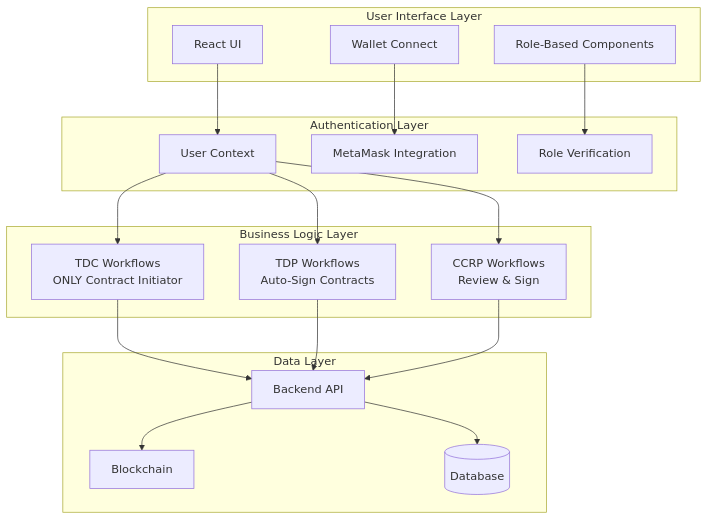
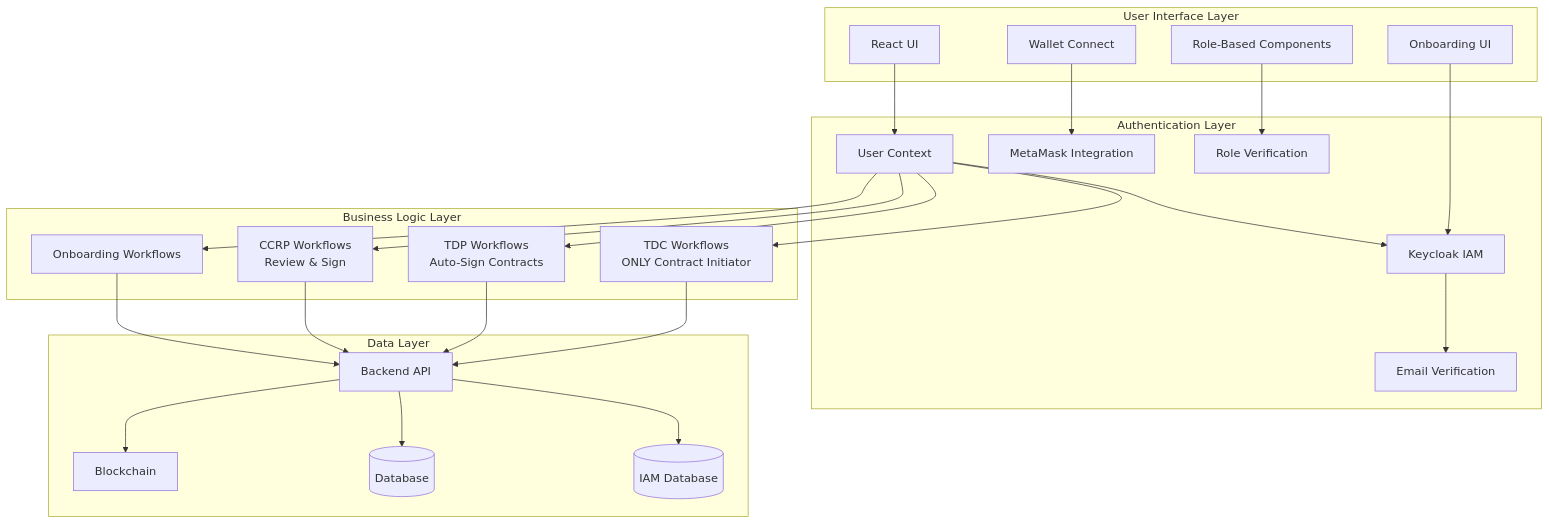
Before and after one commit to gitmujoshi/Confidential-AI-Network: the first of 5 diagrams in USER_GUIDE.md, drawn with Mermaid. The commit also changed other lines of this file and 6 other files, not shown here.

First line of the commit message:
docs: update all documentation with Keycloak IAM integration features

````diff
--- a/USER_GUIDE.md
+++ b/USER_GUIDE.md
@@ -15,38 +15,49 @@
 ```mermaid
 graph TB
     subgraph "User Interface Layer"
         UI[React UI]
         WC[Wallet Connect]
         RB[Role-Based Components]
+        ONB[Onboarding UI]
     end
     
     subgraph "Authentication Layer"
         AUTH[User Context]
         WALLET[MetaMask Integration]
+        IAM[Keycloak IAM]
         ROLE[Role Verification]
+        EMAIL[Email Verification]
     end
     
     subgraph "Business Logic Layer"
         TDC[TDC Workflows<br/>ONLY Contract Initiator]
         TDP[TDP Workflows<br/>Auto-Sign Contracts]
         CCRP[CCRP Workflows<br/>Review & Sign]
+        ONB_WF[Onboarding Workflows]
     end
     
     subgraph "Data Layer"
         API[Backend API]
         BC[Blockchain]
         DB[(Database)]
+        IAM_DB[(IAM Database)]
     end
     
     UI --> AUTH
     WC --> WALLET
     RB --> ROLE
+    ONB --> IAM
+    AUTH --> IAM
+    IAM --> EMAIL
     AUTH --> TDC
     AUTH --> TDP
     AUTH --> CCRP
+    AUTH --> ONB_WF
     TDC --> API
     TDP --> API
     CCRP --> API
+    ONB_WF --> API
     API --> DB
+    API --> IAM_DB
     API --> BC
 ```
````
